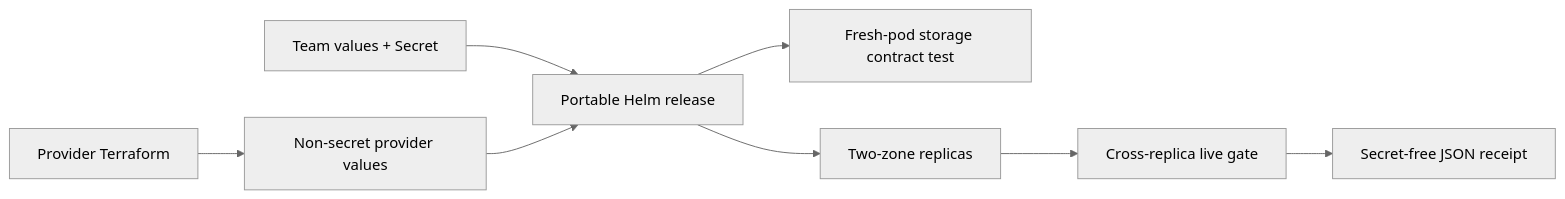
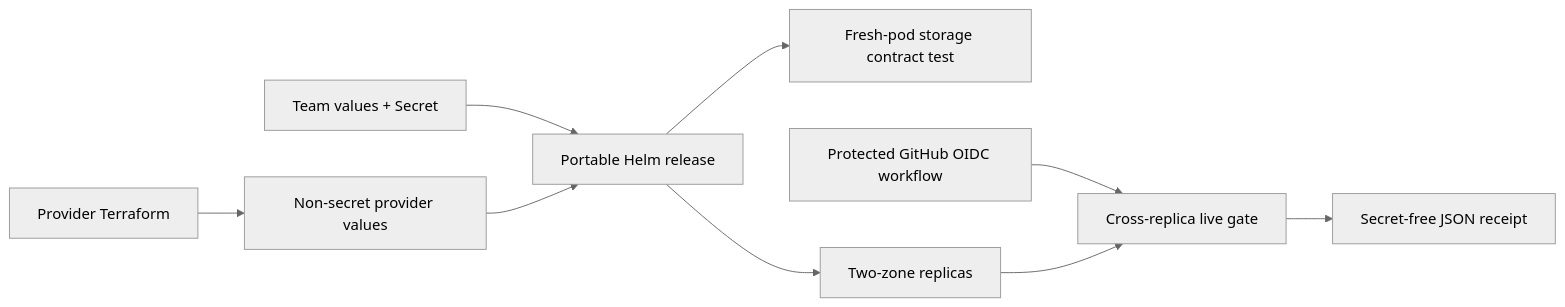
One commit to crabbuild/crab changed the fourth of 11 diagrams in crates/crab-http-server/DESIGN.md. Above: the diagram before and after it, drawn with Mermaid (neutral theme). The commit also changed other lines of this file and 7 other files, not shown here.

````diff
--- a/crates/crab-http-server/DESIGN.md
+++ b/crates/crab-http-server/DESIGN.md
@@ -252,10 +252,11 @@
 ```mermaid
 flowchart LR
     Terraform[Provider Terraform] --> Provider[Non-secret provider values]
     Team[Team values + Secret] --> Helm[Portable Helm release]
     Provider --> Helm
     Helm --> Fresh[Fresh-pod storage contract test]
     Helm --> Replicas[Two-zone replicas]
-    Replicas --> Live[Cross-replica live gate]
+    Actions[Protected GitHub OIDC workflow] --> Live[Cross-replica live gate]
+    Replicas --> Live
     Live --> Receipt[Secret-free JSON receipt]
 ```
````
